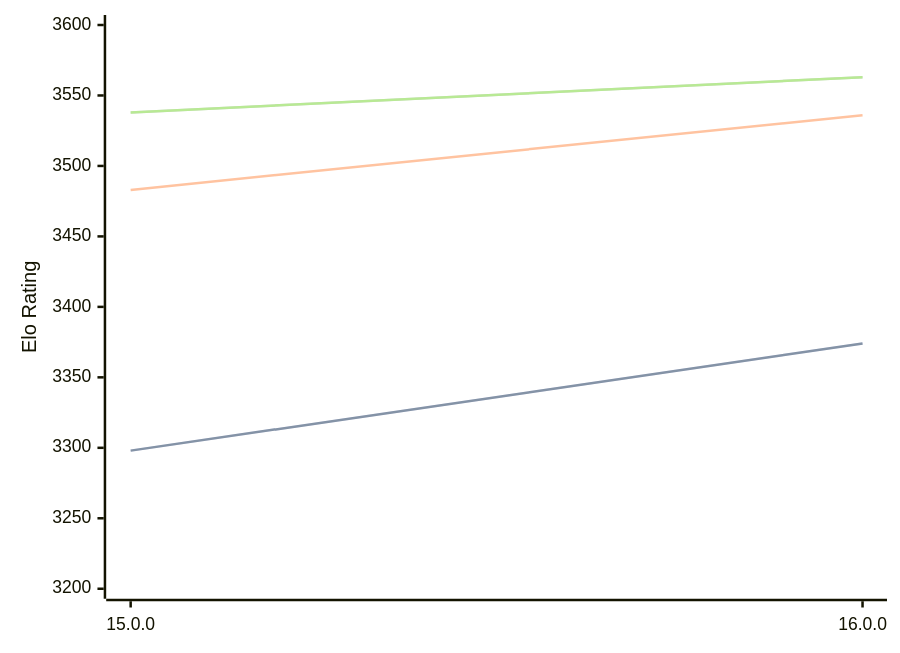
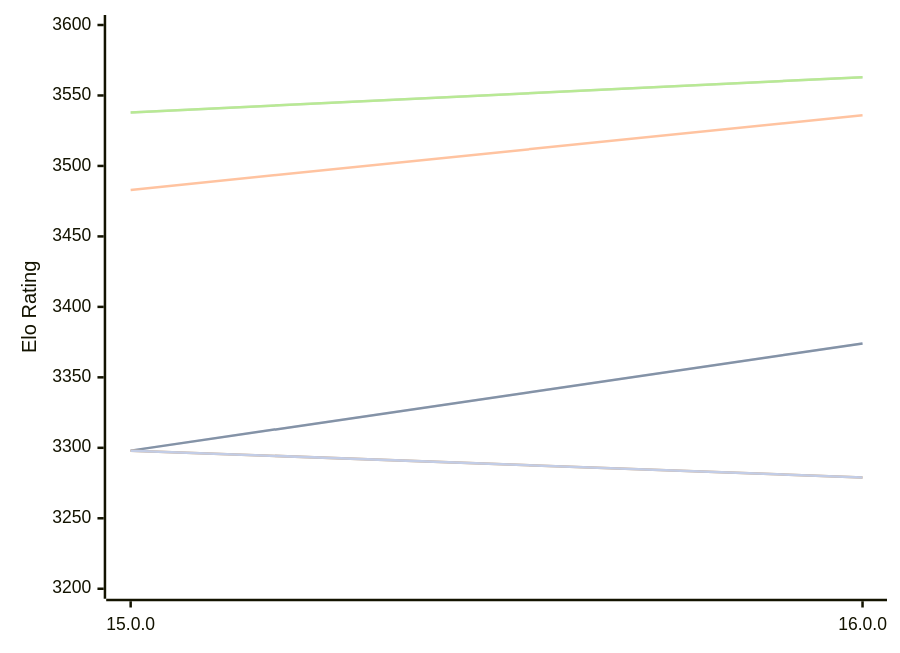
The diagram in engines/Halogen.md (computer-chess-index/cci), drawn with Mermaid before and after one commit. The commit also changed other lines of this file, not shown here.

Commit message:
Update CCI Ratings (ELO VLTC) - 2026-10-11

````diff
--- a/engines/Halogen.md
+++ b/engines/Halogen.md
@@ -48,16 +48,13 @@
 ```mermaid
 %%{init: {"theme":"base","themeVariables":{"seriesColors:['#a3a3a3','#222221','#faa371']}}}%%
 xychart-beta
   x-axis ["15.0.0", "16.0.0"]
   y-axis "Elo Rating" 3200 --> 3600
   line "" [3298, 3374]
   line "T1: STC (8.0+0.08s)" [3298, 3374]
   line "T1: LTC (60.0+0.60s)" [3483, 3536]
   line "" [3538, 3563]
   line "T1: VLTC (2m24s+1.12s)" [3538, 3563]
-  line "" [3266]
-  line "E1: STC (8.0+0.08s)" [3266]
-  line "E1: LTC (60.0+0.60s)" [3498]
-  line "" [3542]
-  line "E1: VLTC (2m24s+1.12s)" [3542]
+  line "" [3298,3279]
+  line "E1: STC (8.0+0.08s)" [3298,3279]
 ```
````
